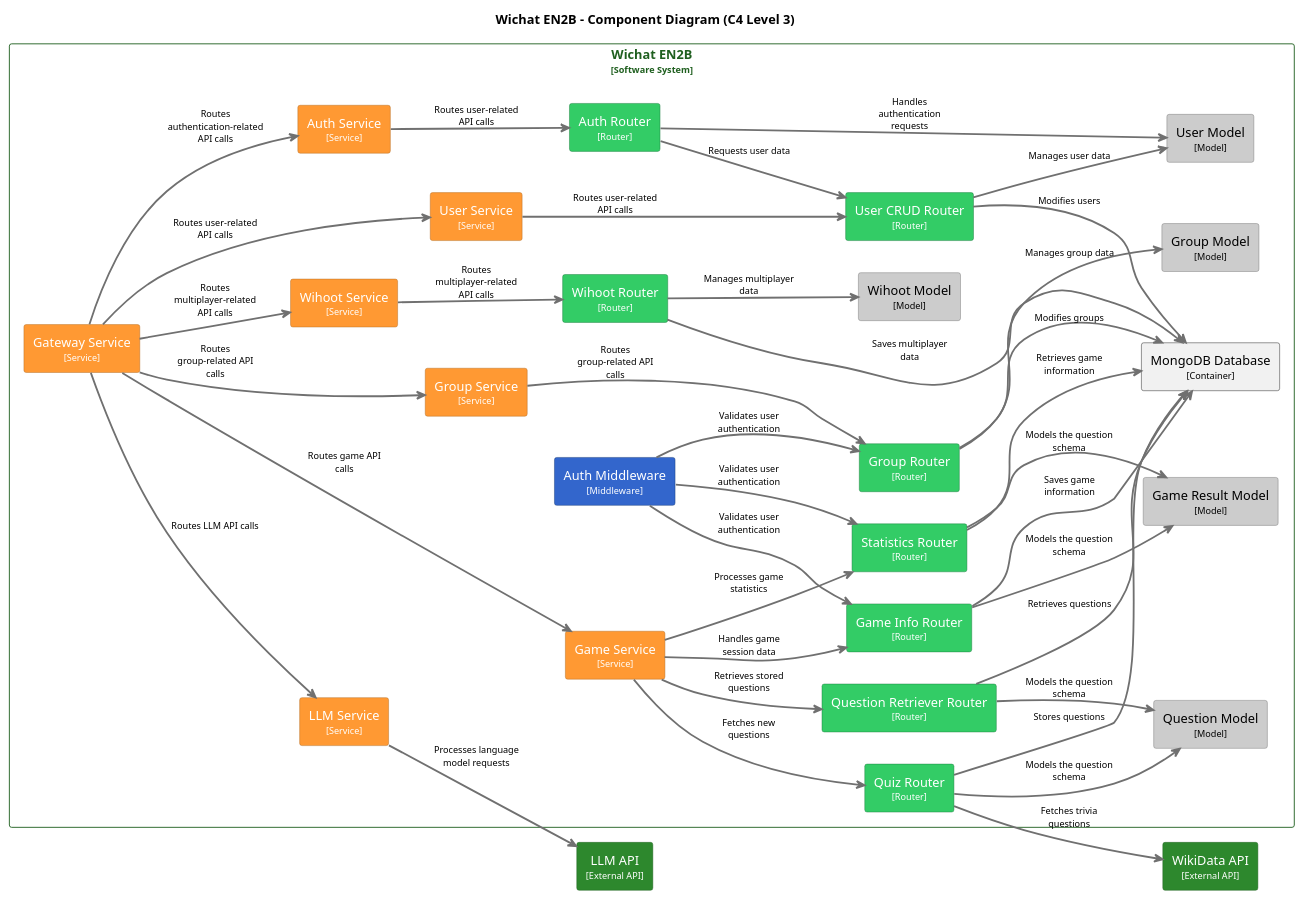
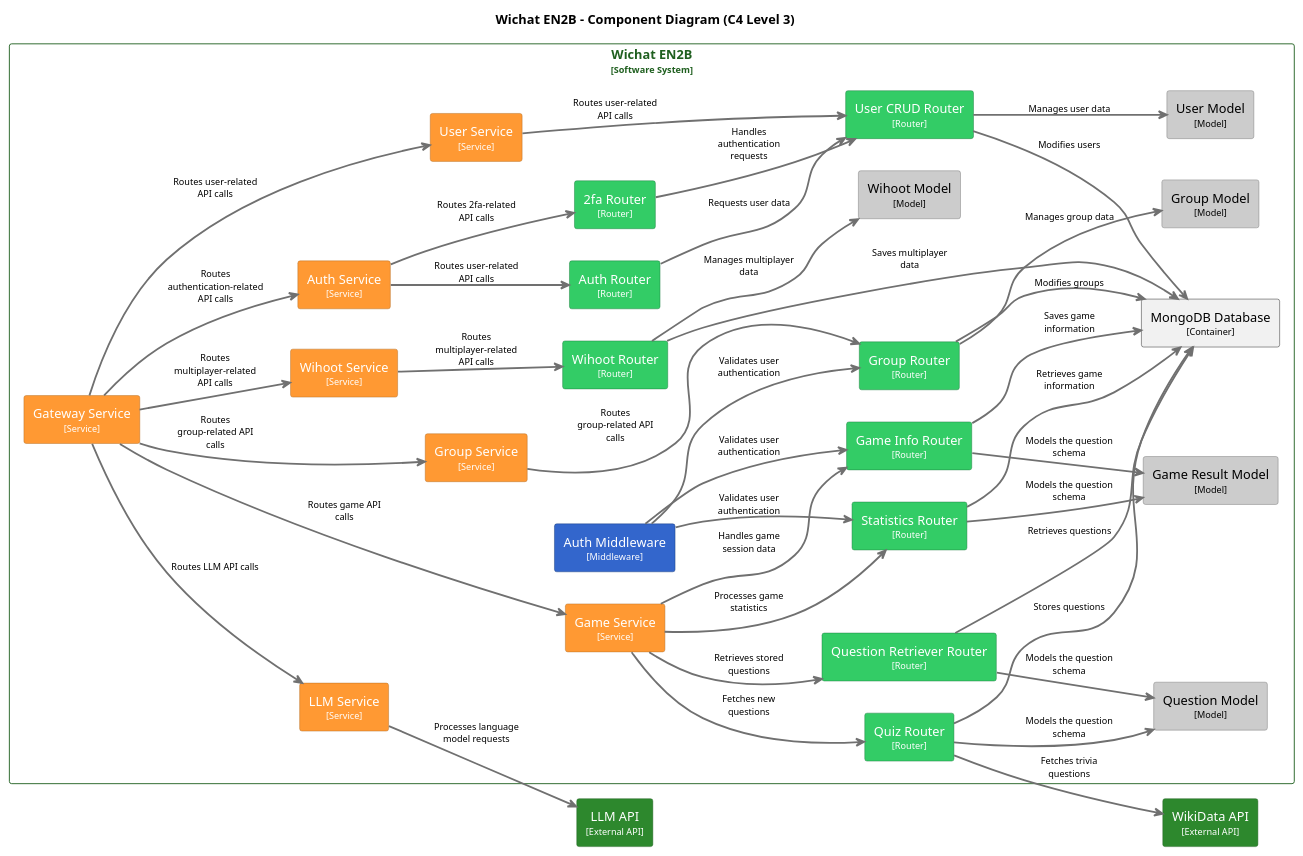
One commit to Arquisoft/wichat_en2b changed the third of 3 diagrams in docs/src/05_building_block_view.adoc. Above: the diagram before and after it, drawn with PlantUML.

Commit message:
#202 - Forgot 2fa router and fixed mistake

```diff
--- a/docs/src/05_building_block_view.adoc
+++ b/docs/src/05_building_block_view.adoc
@@ -383,6 +383,7 @@
   rectangle "Game Info Router\n<size:10>[Router]</size>" <<Router>> as GameInfoRouter
   rectangle "Statistics Router\n<size:10>[Router]</size>" <<Router>> as StatisticsRouter
   rectangle "Auth Router\n<size:10>[Router]</size>" <<Router>> as AuthRouter
+  rectangle "2fa Router\n<size:10>[Router]</size>" <<Router>> as 2faRouter
   rectangle "User CRUD Router\n<size:10>[Router]</size>" <<Router>> as UserCrudRouter
   rectangle "Group Router\n<size:10>[Router]</size>" <<Router>> as GroupRouter
   rectangle "Wihoot Router\n<size:10>[Router]</size>" <<Router>> as WihootRouter
@@ -415,8 +416,9 @@
 GatewayServer -[#707070,thickness=2]-> WihootServer : "Routes multiplayer-related API calls"
 
 AuthServer -[#707070,thickness=2]-> AuthRouter : "Routes user-related API calls"
+AuthServer -[#707070,thickness=2]-> 2faRouter : "Routes 2fa-related API calls"
 AuthRouter -[#707070,thickness=2]-> UserCrudRouter : "Requests user data"
-AuthRouter -[#707070,thickness=2]-> UserModel : "Handles authentication requests"
+2faRouter -[#707070,thickness=2]-> UserCrudRouter : "Handles authentication requests"
 
 UserServer -[#707070,thickness=2]-> UserCrudRouter : "Routes user-related API calls"
 UserCrudRouter -[#707070,thickness=2]-> UserModel : "Manages user data"
```
